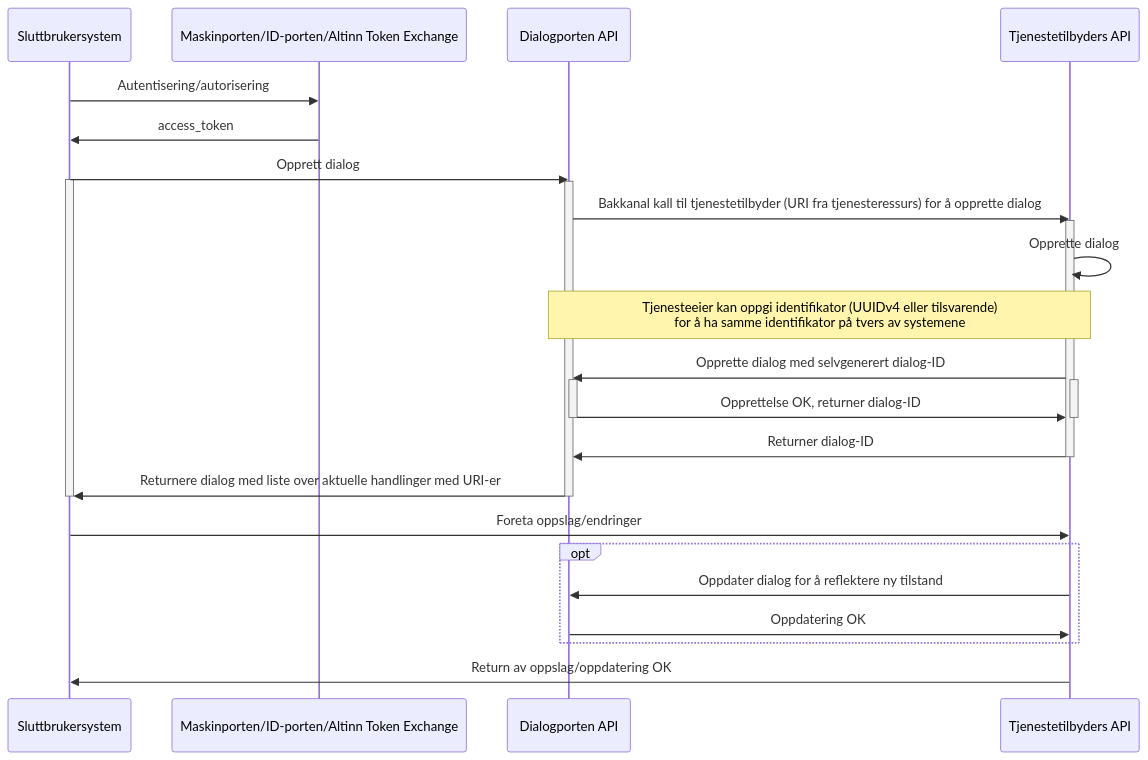
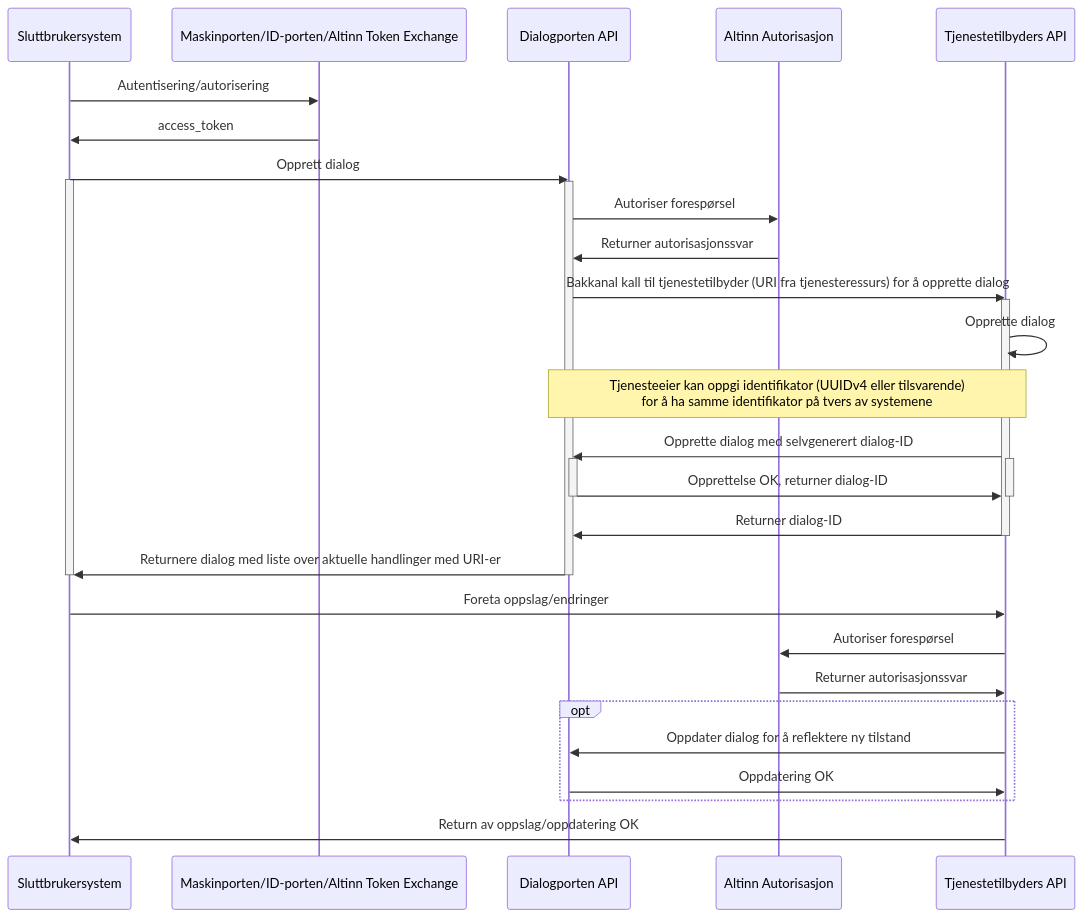
The seventh of 8 diagrams in dialogporten.md (elsand/elsand.github.io), drawn with Mermaid before and after one commit. The commit also changed other lines of this file and 11 other files, not shown here.

````diff
--- a/dialogporten.md
+++ b/dialogporten.md
@@ -459,34 +501,39 @@
 ```mermaid!
 sequenceDiagram
     participant SBS as Sluttbrukersystem
     participant EID as Maskinporten/ID-porten/Altinn Token Exchange
     participant API as Dialogporten API
+    participant AA as Altinn Autorisasjon
     participant TEAPI as Tjenestetilbyders API
 SBS->>EID: Autentisering/autorisering
 EID->>SBS: access_token
 SBS->>API: Opprett dialog
 activate SBS
 activate API
+API->>AA: Autoriser forespørsel
+AA->>API: Returner autorisasjonssvar
 API->>TEAPI: Bakkanal kall til tjenestetilbyder (URI fra tjenesteressurs) for å opprette dialog
 activate TEAPI
 TEAPI->>TEAPI: Opprette dialog
 note over API,TEAPI: Tjenesteeier kan oppgi identifikator (UUIDv4 eller tilsvarende)<br>for å ha samme identifikator på tvers av systemene
 TEAPI->>API: Opprette dialog med selvgenerert dialog-ID
 activate TEAPI
 activate API
 API->>TEAPI: Opprettelse OK, returner dialog-ID
 deactivate TEAPI
 deactivate API
 TEAPI->>API: Returner dialog-ID
 deactivate TEAPI
 API->>SBS: Returnere dialog med liste over aktuelle handlinger med URI-er
 deactivate API
 deactivate SBS
 SBS->>TEAPI: Foreta oppslag/endringer
+TEAPI->>AA: Autoriser forespørsel
+AA->>TEAPI: Returner autorisasjonssvar
 opt
     TEAPI->>API: Oppdater dialog for å reflektere ny tilstand
     API->>TEAPI: Oppdatering OK
 end
 TEAPI->>SBS: Return av oppslag/oppdatering OK
 
 ```
````
